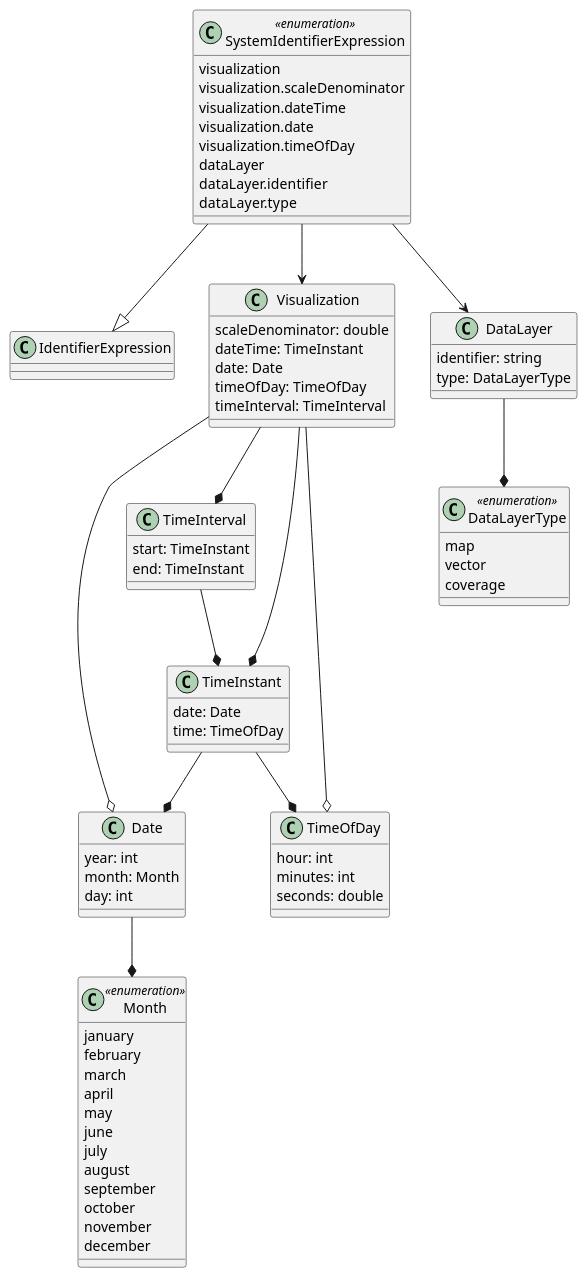
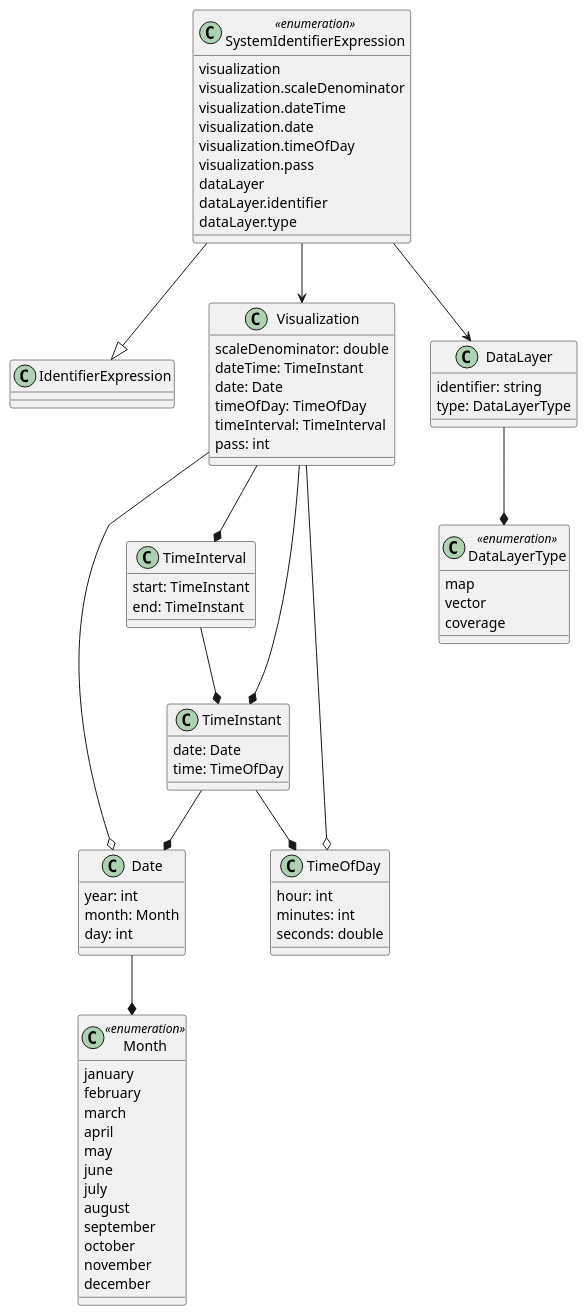
The third of 5 diagrams in core/sections/clause_7_core.adoc (opengeospatial/styles-and-symbology), drawn with PlantUML before and after one commit. The commit also changed other lines of this file and 3 other files, not shown here.

```diff
--- a/core/sections/clause_7_core.adoc
+++ b/core/sections/clause_7_core.adoc
@@ -246,70 +246,72 @@
 [plantuml, target=diagram-classes, format=png]
 ....
 class SystemIdentifierExpression <<enumeration>>
 SystemIdentifierExpression --|> IdentifierExpression
 SystemIdentifierExpression : visualization
 SystemIdentifierExpression : visualization.scaleDenominator
 SystemIdentifierExpression : visualization.dateTime
 SystemIdentifierExpression : visualization.date
 SystemIdentifierExpression : visualization.timeOfDay
+SystemIdentifierExpression : visualization.pass
 SystemIdentifierExpression : dataLayer
 SystemIdentifierExpression : dataLayer.identifier
 SystemIdentifierExpression : dataLayer.type
 SystemIdentifierExpression --> Visualization
 SystemIdentifierExpression --> DataLayer
 
 Visualization : scaleDenominator: double
 Visualization : dateTime: TimeInstant
 Visualization : date: Date
 Visualization : timeOfDay: TimeOfDay
 Visualization : timeInterval: TimeInterval
+Visualization : pass: int
 Visualization --* TimeInstant
 Visualization --* TimeInterval
 Visualization --o Date
 Visualization --o TimeOfDay
 
 class DataLayer
 DataLayer : identifier: string
 DataLayer : type: DataLayerType
 DataLayer --* DataLayerType
 
 class DataLayerType <<enumeration>>
 DataLayerType : map
 DataLayerType : vector
 DataLayerType : coverage
 
 class TimeInstant
 TimeInstant : date: Date
 TimeInstant : time: TimeOfDay
 TimeInstant --* Date
 TimeInstant --* TimeOfDay
 
 TimeInterval : start: TimeInstant
 TimeInterval : end: TimeInstant
 TimeInterval --* TimeInstant
 
 class Date
 Date : year: int
 Date : month: Month
 Date : day: int
 Date --* Month
 
 class TimeOfDay
 TimeOfDay : hour: int
 TimeOfDay : minutes: int
 TimeOfDay : seconds: double
 
 class Month <<enumeration>>
 Month : january
 Month : february
 Month : march
 Month : april
 Month : may
 Month : june
 Month : july
 Month : august
 Month : september
 Month : october
 Month : november
 Month : december
 ....
```
